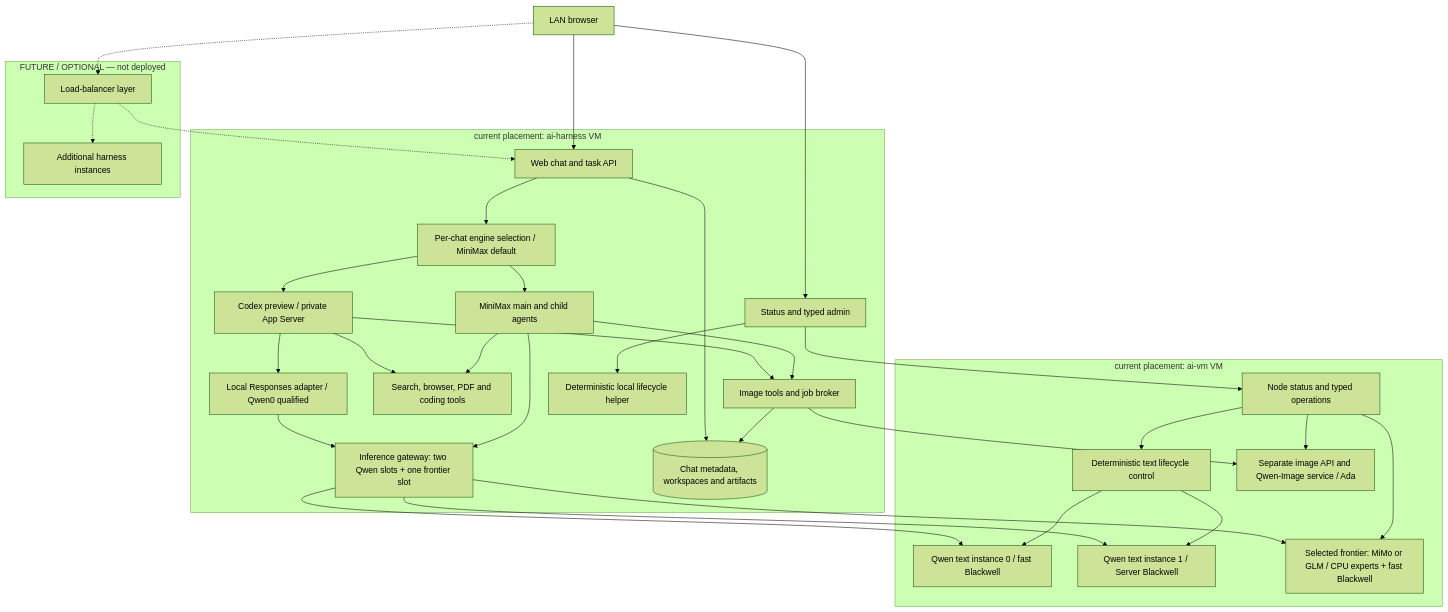
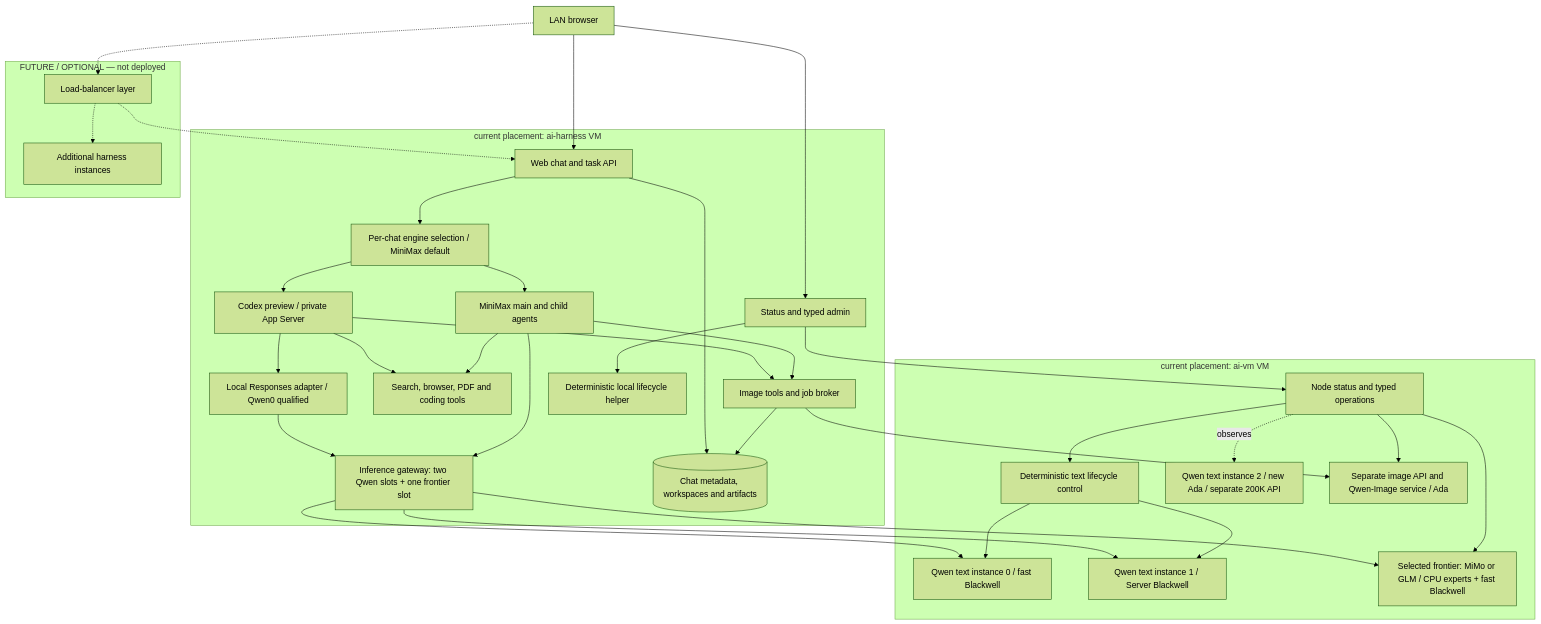
The diagram in README.md (djeZo888/mixed-memory-llm-api-server), drawn with Mermaid (forest theme) before and after one commit. The commit also changed other lines of this file and 9 other files, not shown here.

Commit message:
Document fifth GPU, Ada Qwen benchmark and independent status acceptance

````diff
--- a/README.md
+++ b/README.md
@@ -43,57 +46,59 @@
 ```mermaid
 flowchart TB
     User["LAN browser"]
     subgraph H["current placement: ai-harness VM"]
         Web["Web chat and task API"]
         Engines["Per-chat engine selection / MiniMax default"]
         Agent["MiniMax main and child agents"]
         Codex["Codex preview / private App Server"]
         Responses["Local Responses adapter / Qwen0 qualified"]
         Tools["Search, browser, PDF and coding tools"]
         Gateway["Inference gateway: two Qwen slots + one frontier slot"]
         ImageJobs["Image tools and job broker"]
         Data[("Chat metadata, workspaces and artifacts")]
         Status["Status and typed admin"]
         Helper["Deterministic local lifecycle helper"]
     end
     subgraph M["current placement: ai-vm VM"]
         Node["Node status and typed operations"]
         Control["Deterministic text lifecycle control"]
         Q0["Qwen text instance 0 / fast Blackwell"]
         Q1["Qwen text instance 1 / Server Blackwell"]
+        Q2["Qwen text instance 2 / new Ada / separate 200K API"]
         Frontier["Selected frontier: MiMo or GLM / CPU experts + fast Blackwell"]
         Image["Separate image API and Qwen-Image service / Ada"]
     end
     subgraph Future["FUTURE / OPTIONAL — not deployed"]
         LB["Load-balancer layer"]
         Replicas["Additional harness instances"]
     end
     User --> Web
     User --> Status
     Web --> Engines
     Engines --> Agent
     Engines --> Codex
     Codex --> Responses
     Responses --> Gateway
     Codex --> Tools
     Codex --> ImageJobs
     Web --> Data
     Agent --> Tools
     Agent --> Gateway
     Agent --> ImageJobs
     ImageJobs --> Data
     Gateway --> Q0
     Gateway --> Q1
     Gateway --> Frontier
     ImageJobs --> Image
     Status --> Node
     Status --> Helper
     Node --> Control
     Node --> Image
     Node --> Frontier
+    Node -. observes .-> Q2
     Control --> Q0
     Control --> Q1
     User -.-> LB
     LB -.-> Web
     LB -.-> Replicas
 ```
````
